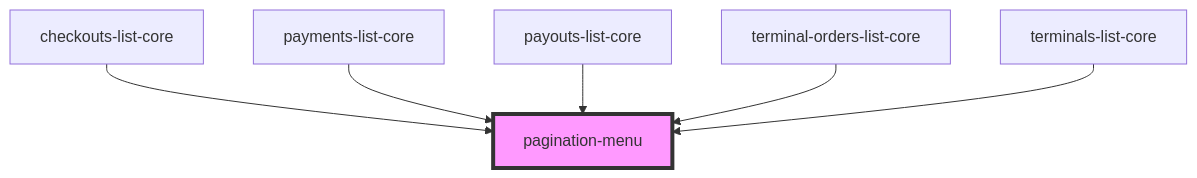
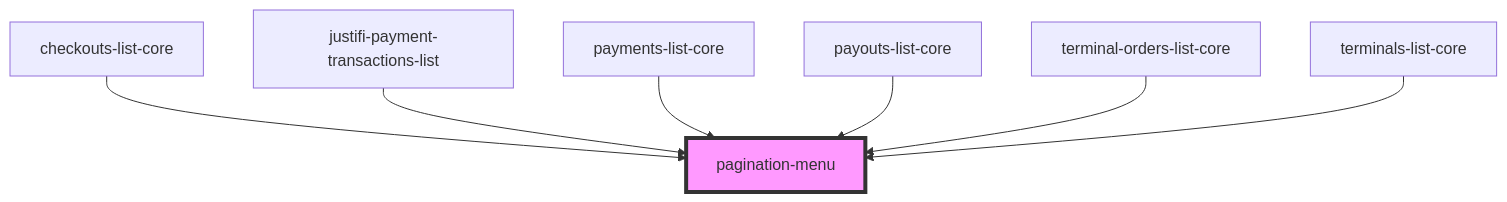
One commit to justifi-tech/web-component-library changed the diagram in packages/webcomponents/src/ui-components/pagination-menu/readme.md. Above: the diagram before and after it, drawn with Mermaid. The commit also changed other lines of this file and 3 other files, not shown here.

Commit message:
Add example file for ppayment-transactions-list

````diff
--- a/packages/webcomponents/src/ui-components/pagination-menu/readme.md
+++ b/packages/webcomponents/src/ui-components/pagination-menu/readme.md
@@ -27,9 +28,10 @@
 ```mermaid
 graph TD;
   checkouts-list-core --> pagination-menu
+  justifi-payment-transactions-list --> pagination-menu
   payments-list-core --> pagination-menu
   payouts-list-core --> pagination-menu
   terminal-orders-list-core --> pagination-menu
   terminals-list-core --> pagination-menu
   style pagination-menu fill:#f9f,stroke:#333,stroke-width:4px
 ```
````
